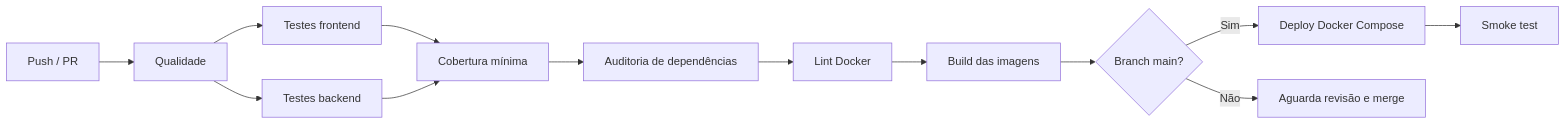
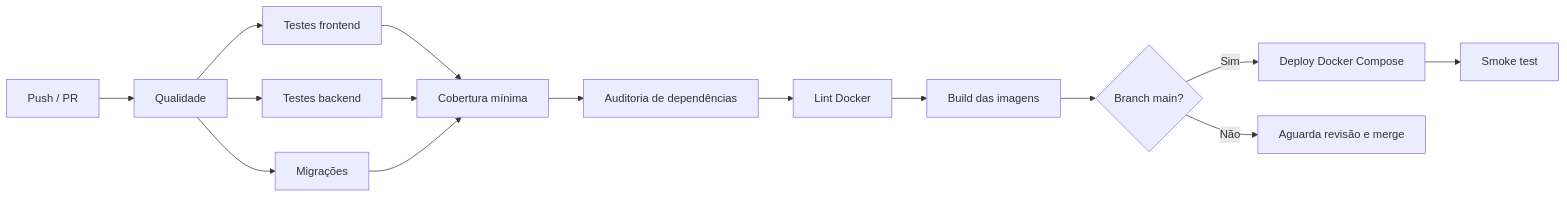
The third of 3 diagrams in README.md (C14-Inatel-2026-2/Sistema-de-Gestao-Despesas), drawn with Mermaid before and after one commit. The commit also changed other lines of this file and 1 other file, not shown here.

````diff
--- a/README.md
+++ b/README.md
@@ -310,15 +317,17 @@
 ```mermaid
 flowchart LR
     A[Push / PR] --> B[Qualidade]
     B --> C[Testes frontend]
     B --> D[Testes backend]
+    B --> G2[Migrações]
     C --> M[Cobertura mínima]
     D --> M
+    G2 --> M
     M --> X[Auditoria de dependências]
     X --> L[Lint Docker]
     L --> E[Build das imagens]
     E --> F{Branch main?}
     F -->|Sim| G[Deploy Docker Compose]
     F -->|Não| H[Aguarda revisão e merge]
     G --> I[Smoke test]
 ```
````
